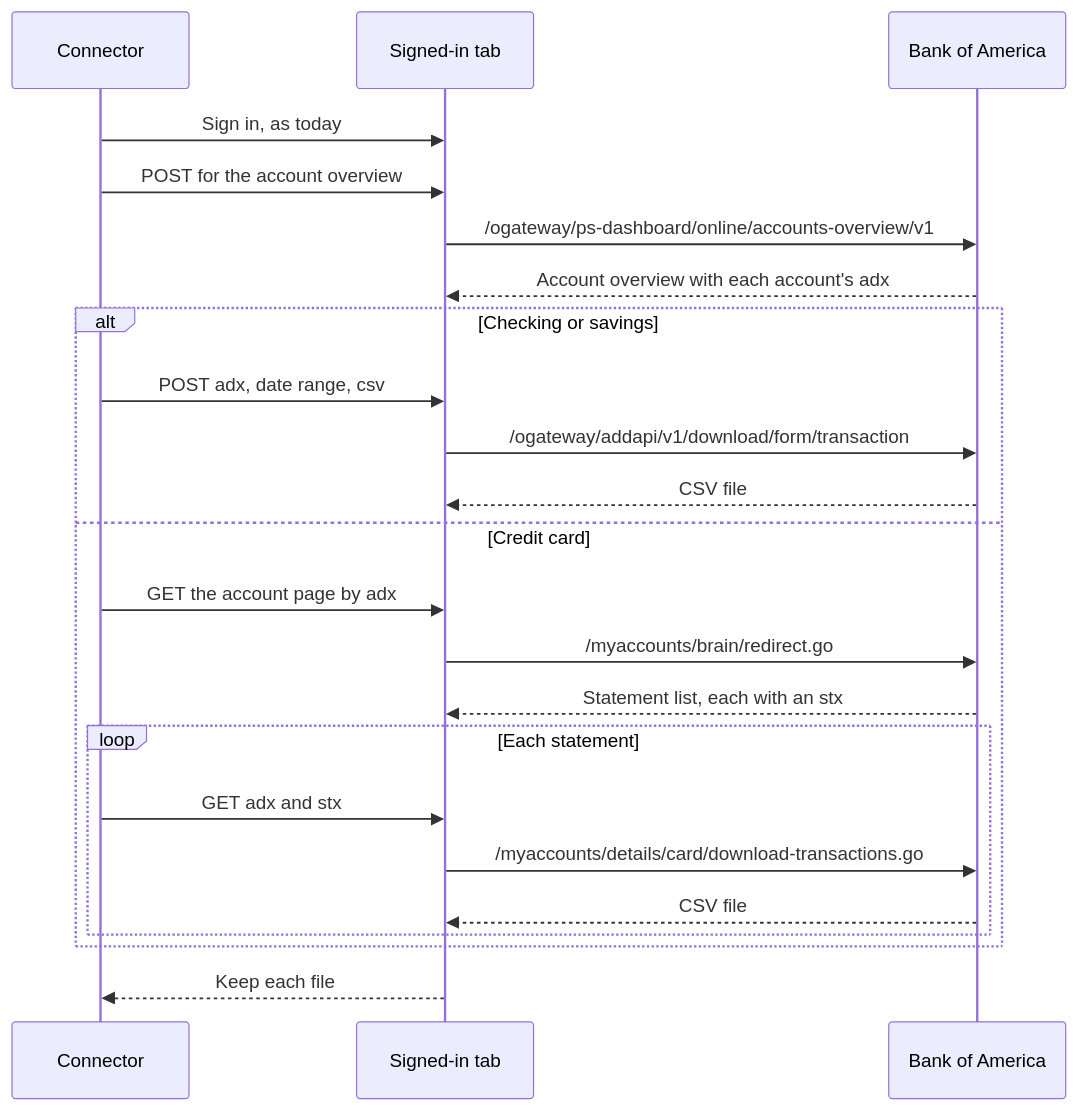
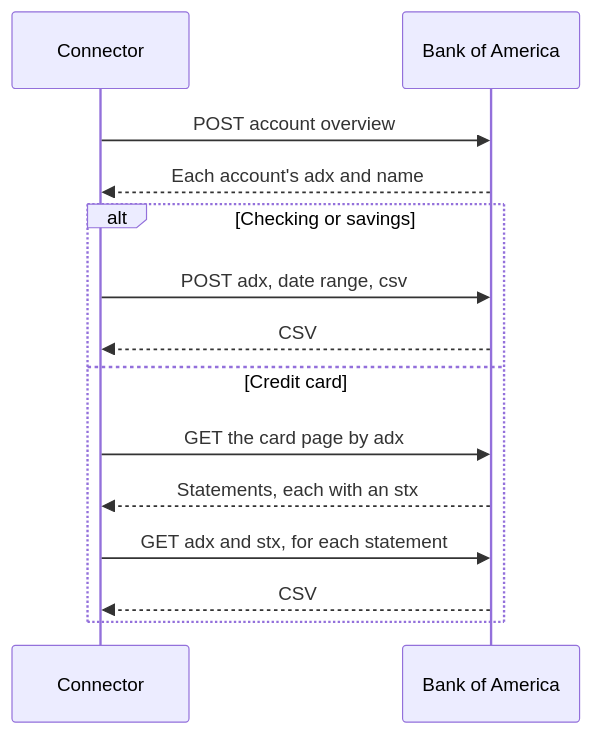
One commit to spinningyoyo/omsync changed the diagram in docs/architecture/bank-requests/boa.md. Above: the diagram before and after it, drawn with Mermaid. The commit also changed other lines of this file and 140 other files, not shown here.

First line of the commit message:
refactor: name the counterparty and each rule by its evidence

````diff
--- a/docs/architecture/bank-requests/boa.md
+++ b/docs/architecture/bank-requests/boa.md
@@ -13,25 +18,16 @@
 ```mermaid
 sequenceDiagram
     participant C as Connector
-    participant T as Signed-in tab
     participant B as Bank of America
-    C->>T: Sign in, as today
-    C->>T: POST for the account overview
-    T->>B: /ogateway/ps-dashboard/online/accounts-overview/v1
-    B-->>T: Account overview with each account's adx
+    C->>B: POST account overview
+    B-->>C: Each account's adx and name
     alt Checking or savings
-        C->>T: POST adx, date range, csv
-        T->>B: /ogateway/addapi/v1/download/form/transaction
-        B-->>T: CSV file
+        C->>B: POST adx, date range, csv
+        B-->>C: CSV
     else Credit card
-        C->>T: GET the account page by adx
-        T->>B: /myaccounts/brain/redirect.go
-        B-->>T: Statement list, each with an stx
-        loop Each statement
-            C->>T: GET adx and stx
-            T->>B: /myaccounts/details/card/download-transactions.go
-            B-->>T: CSV file
-        end
+        C->>B: GET the card page by adx
+        B-->>C: Statements, each with an stx
+        C->>B: GET adx and stx, for each statement
+        B-->>C: CSV
     end
-    T-->>C: Keep each file
 ```
````
